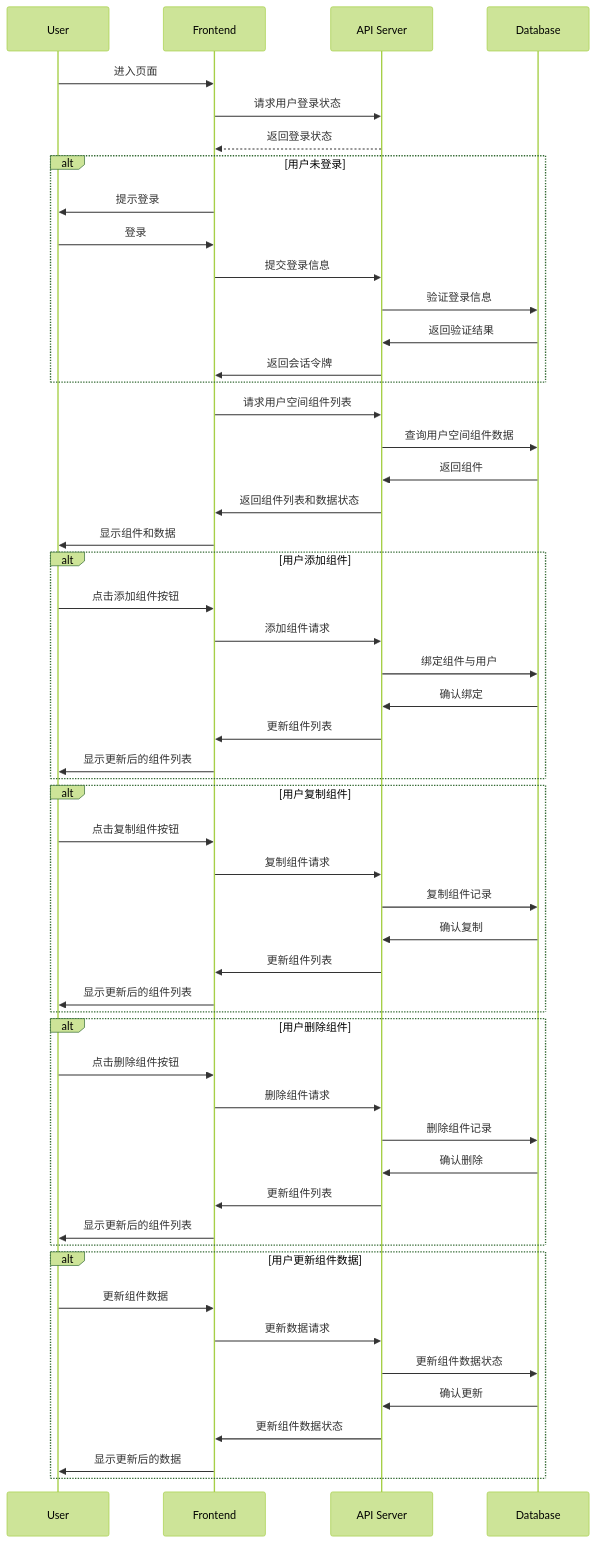
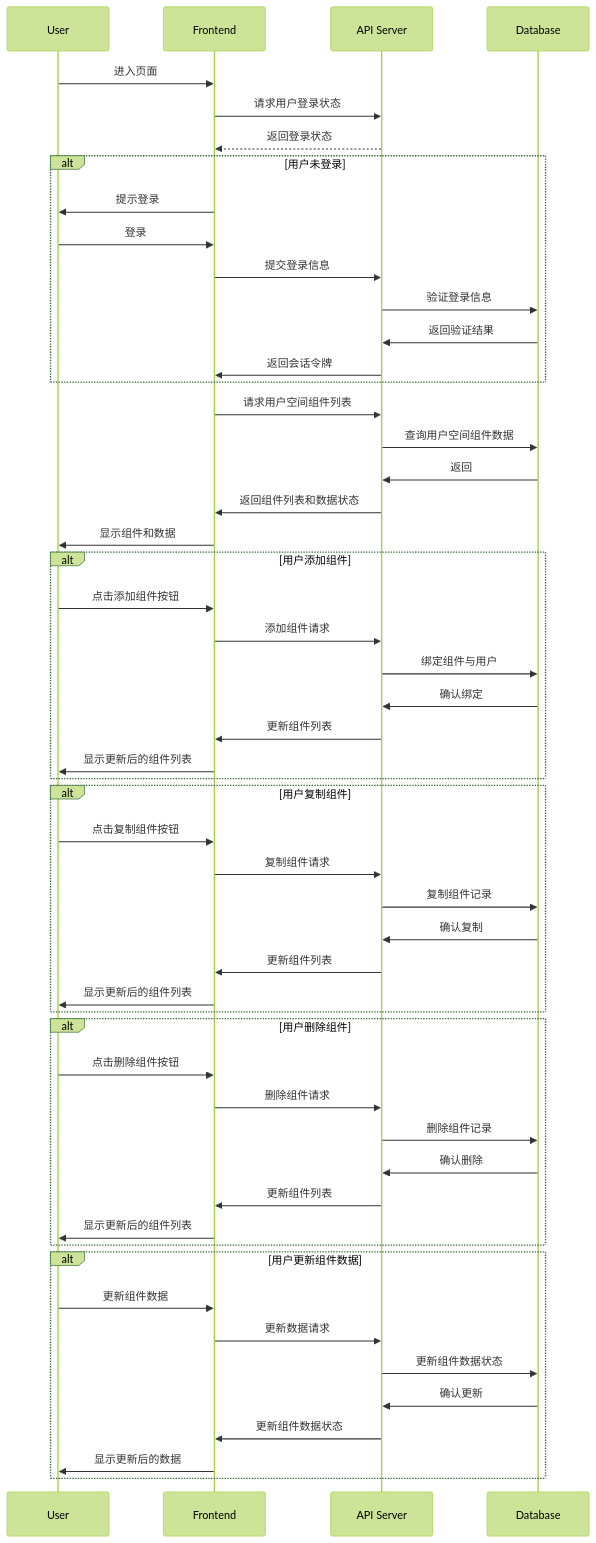
The diagram in all/未命名-7.md (yingjianzh/iodraw-files), drawn with Mermaid (forest theme) before and after one commit.

Commit message:
2024-10-09 10:19:44 update

````diff
--- a/all/未命名-7.md
+++ b/all/未命名-7.md
@@ -1,62 +1,62 @@
 ```mermaid
 sequenceDiagram
     participant User
     participant Frontend
     participant API Server
     participant Database
 
     User->>Frontend: 进入页面
     Frontend->>API Server: 请求用户登录状态
     API Server-->>Frontend: 返回登录状态
     alt 用户未登录
         Frontend->>User: 提示登录
         User->>Frontend: 登录
         Frontend->>API Server: 提交登录信息
         API Server->>Database: 验证登录信息
         Database->>API Server: 返回验证结果
         API Server->>Frontend: 返回会话令牌
     end
 
     Frontend->>API Server: 请求用户空间组件列表
     API Server->>Database: 查询用户空间组件数据
-    Database->>API Server: 返回组件
+    Database->>API Server: 返回
     API Server->>Frontend: 返回组件列表和数据状态
     Frontend->>User: 显示组件和数据
 
     alt 用户添加组件
         User->>Frontend: 点击添加组件按钮
         Frontend->>API Server: 添加组件请求
         API Server->>Database: 绑定组件与用户
         Database->>API Server: 确认绑定
         API Server->>Frontend: 更新组件列表
         Frontend->>User: 显示更新后的组件列表
     end
 
     alt 用户复制组件
         User->>Frontend: 点击复制组件按钮
         Frontend->>API Server: 复制组件请求
         API Server->>Database: 复制组件记录
         Database->>API Server: 确认复制
         API Server->>Frontend: 更新组件列表
         Frontend->>User: 显示更新后的组件列表
     end
 
     alt 用户删除组件
         User->>Frontend: 点击删除组件按钮
         Frontend->>API Server: 删除组件请求
         API Server->>Database: 删除组件记录
         Database->>API Server: 确认删除
         API Server->>Frontend: 更新组件列表
         Frontend->>User: 显示更新后的组件列表
     end
 
     alt 用户更新组件数据
         User->>Frontend: 更新组件数据
         Frontend->>API Server: 更新数据请求
         API Server->>Database: 更新组件数据状态
         Database->>API Server: 确认更新
         API Server->>Frontend: 更新组件数据状态
         Frontend->>User: 显示更新后的数据
     end
 
 ```
````
